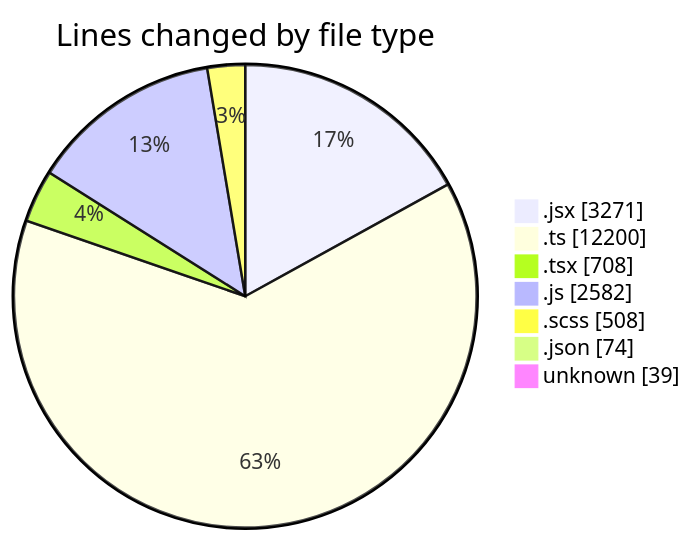
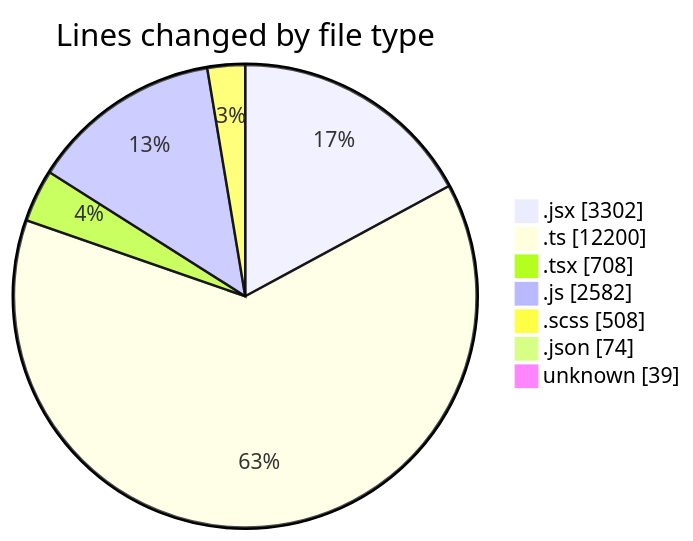
Before and after one commit to momahboobian/code-tracking: the first of 2 diagrams in 2025-06-05/cda/README.md, drawn with Mermaid. The commit also changed other lines of this file and 1 other file, not shown here.

````diff
--- a/2025-06-05/cda/README.md
+++ b/2025-06-05/cda/README.md
@@ -57,11 +57,11 @@
 ```mermaid
 pie showData
 title Lines changed by file type
-".jsx" : 3271
+".jsx" : 3302
 ".ts" : 12200
 ".tsx" : 708
 ".js" : 2582
 ".scss" : 508
 ".json" : 74
 "unknown" : 39
 ```
````
